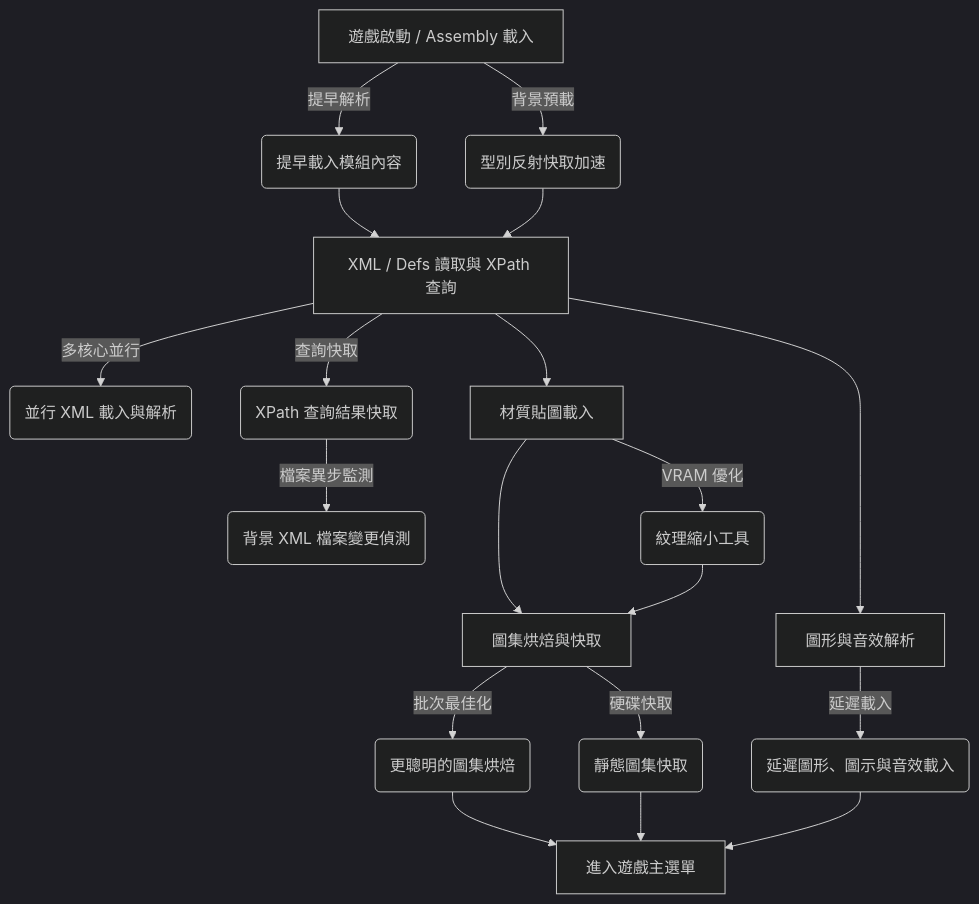
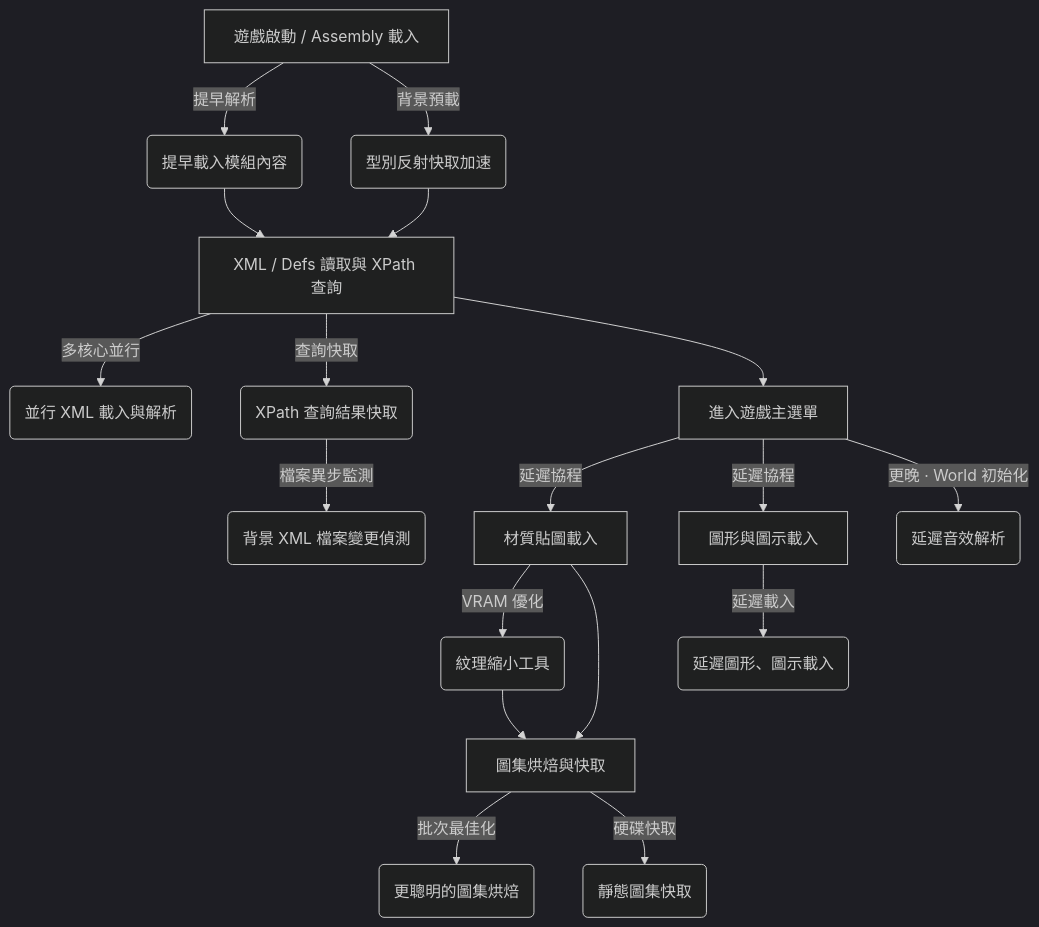
Before and after one commit to mushroomTW/FasterGameLoading---Continued: the diagram in README.md, drawn with Mermaid (dark theme). The commit also changed other lines of this file and 8 other files, not shown here.

````diff
--- a/README.md
+++ b/README.md
@@ -13,21 +13,22 @@
 ```mermaid
 graph TD
     A[遊戲啟動 / Assembly 載入] -->|提早解析| C(提早載入模組內容)
     A -->|背景預載| R(型別反射快取加速)
     C --> D[XML / Defs 讀取與 XPath 查詢]
     R --> D
     D -->|多核心並行| E(並行 XML 載入與解析)
     D -->|查詢快取| F(XPath 查詢結果快取)
     F -->|檔案異步監測| G(背景 XML 檔案變更偵測)
-    D --> H[材質貼圖載入]
+    %% 關鍵：圖形、圖集、音效等工作被延遲，先讓主選單快速出現
+    D --> O[進入遊戲主選單]
+    %% 進入主選單後，PerformActions 協程才分幀執行以下延遲工作
+    O -->|延遲協程| H[材質貼圖載入]
     H -->|VRAM 優化| K(紋理縮小工具)
     H --> L[圖集烘焙與快取]
     K --> L
     L -->|批次最佳化| M(更聰明的圖集烘焙)
     L -->|硬碟快取| N(靜態圖集快取)
-    D --> P[圖形與音效解析]
-    P -->|延遲載入| Q(延遲圖形、圖示與音效載入)
-    M --> O[進入遊戲主選單]
-    N --> O
-    Q --> O
+    O -->|延遲協程| P[圖形與圖示載入]
+    P -->|延遲載入| Q(延遲圖形、圖示載入)
+    O -->|更晚 · World 初始化| S(延遲音效解析)
 ```
````
